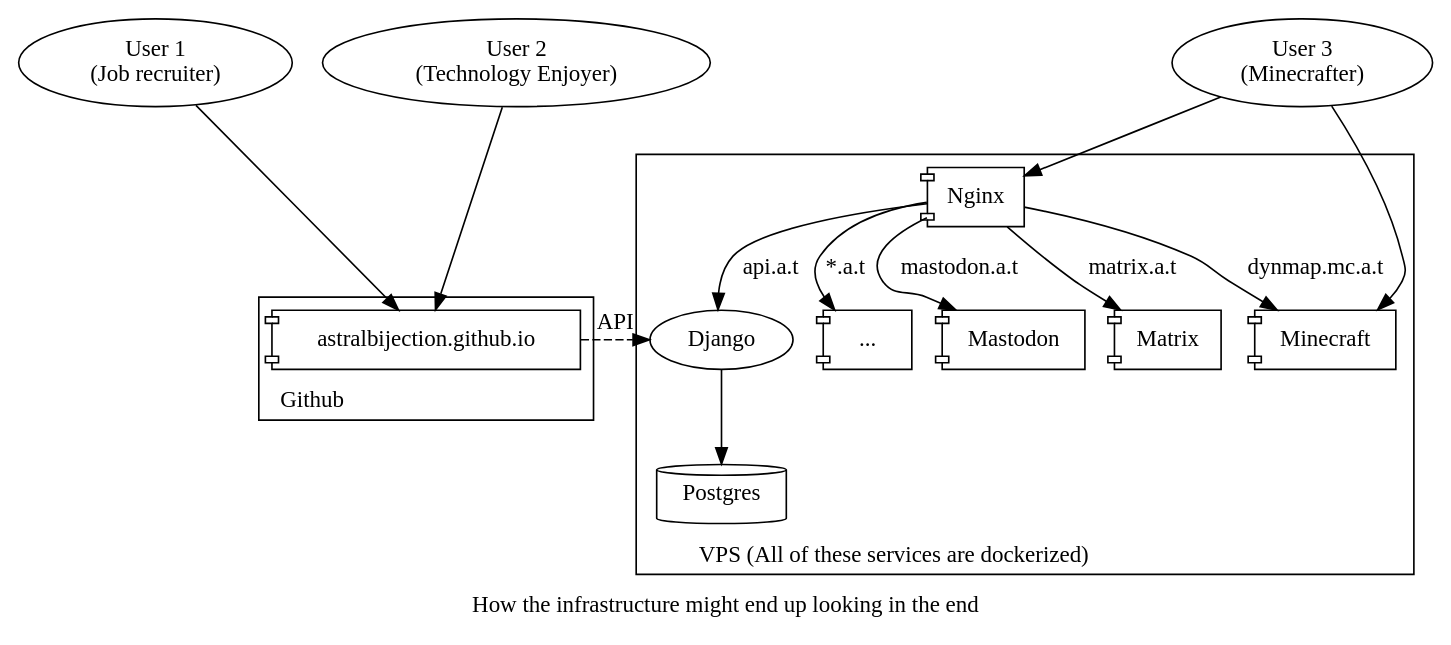
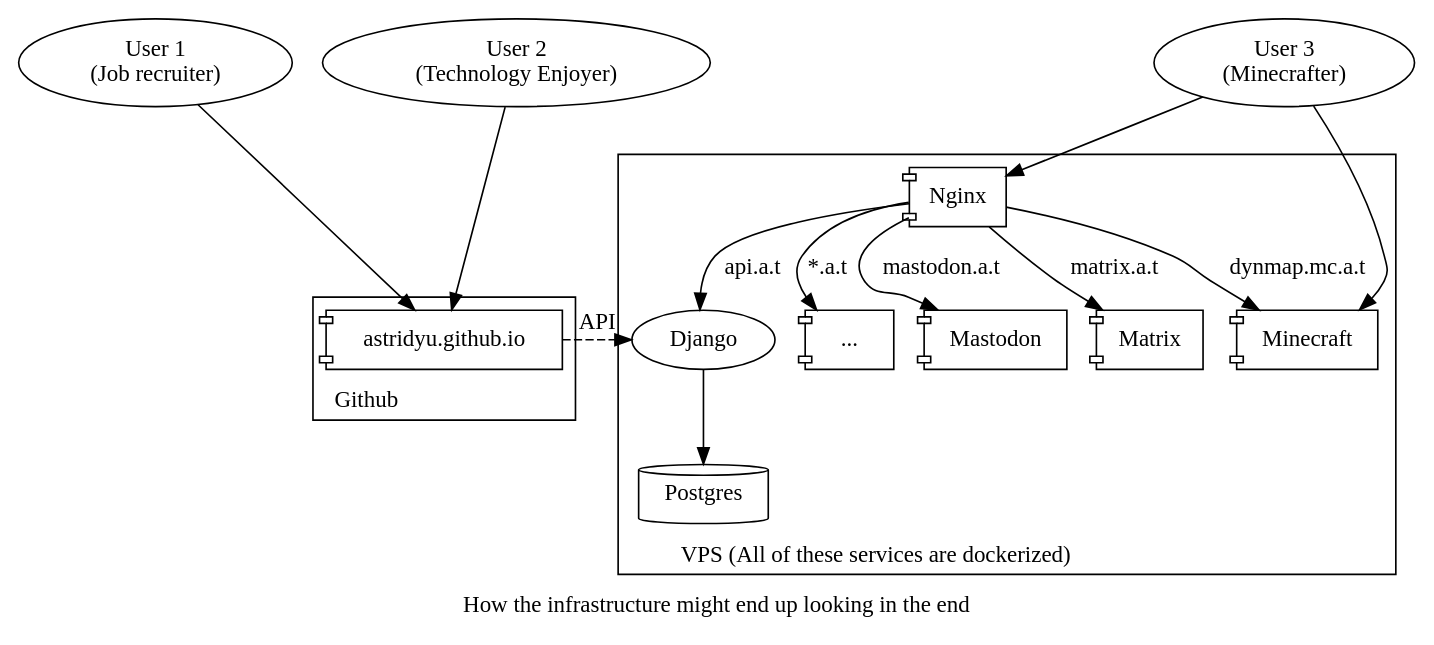
One commit to ifd3f/astrid.tech-old changed the diagram in content/blog/2020/12/20/backend.md. Above: the diagram before and after it, drawn with Graphviz. The commit also changed 48 other files, not shown here.

````diff
--- a/content/blog/2020/12/20/backend.md
+++ b/content/blog/2020/12/20/backend.md
@@ -77,63 +77,63 @@
 ```dot
 digraph "The server infrastructure end up looking something like this." {
     label = "How the infrastructure might end up looking in the end"
     labelloc = b
     rankdir = TB
     newrank = true
 
     subgraph cluster_github {
         label = "Github"
         labeljust = l
         rank = 2
-        ghpages[label = "astralbijection.github.io" shape=component]
+        ghpages[label = "astridyu.github.io" shape=component]
     }
 
     {
         rank = same
         django
         ghpages
     }
 
     subgraph cluster_backend {
         node [shape=component]
         edge [lblstyle="sloped" splines=false labeldistance=0]
         label = "VPS (All of these services are dockerized)"
         labeljust = l
 
         nginx [label="Nginx"]
         etc [label="..."]
         django [label="Django"]
         db [label="Postgres" shape=cylinder]
         mastodon [label="Mastodon"]
         matrix [label="Matrix"]
         minecraft [label="Minecraft"]
 
         nginx -> mastodon [label="mastodon.a.t"]
         nginx -> minecraft [label="dynmap.mc.a.t"]
         nginx -> matrix [label="matrix.a.t"]
         nginx -> django [label="api.a.t"]
         nginx -> etc [label="*.a.t"]
     }
 
     django -> db
 
     ghpages -> django [style=dashed label="API"]
 
     user1 [label="User 1\n(Job recruiter)"]
     user2 [label="User 2\n(Technology Enjoyer)"]
 
     user1 -> ghpages
     user2 -> ghpages
 
     user3 [label="User 3\n(Minecrafter)"]
     user3 -> minecraft
     user3 -> nginx
 
     {
         rank = min
         user1
         user2
         user3
     }
 }
 ```
````
